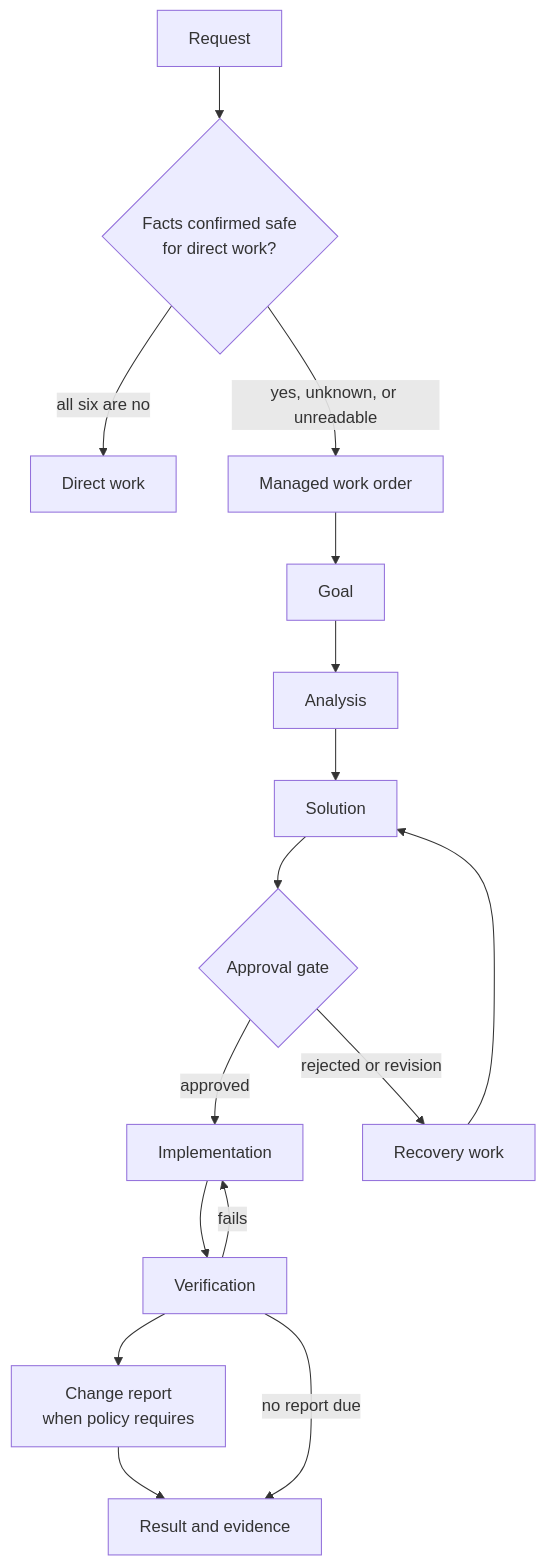
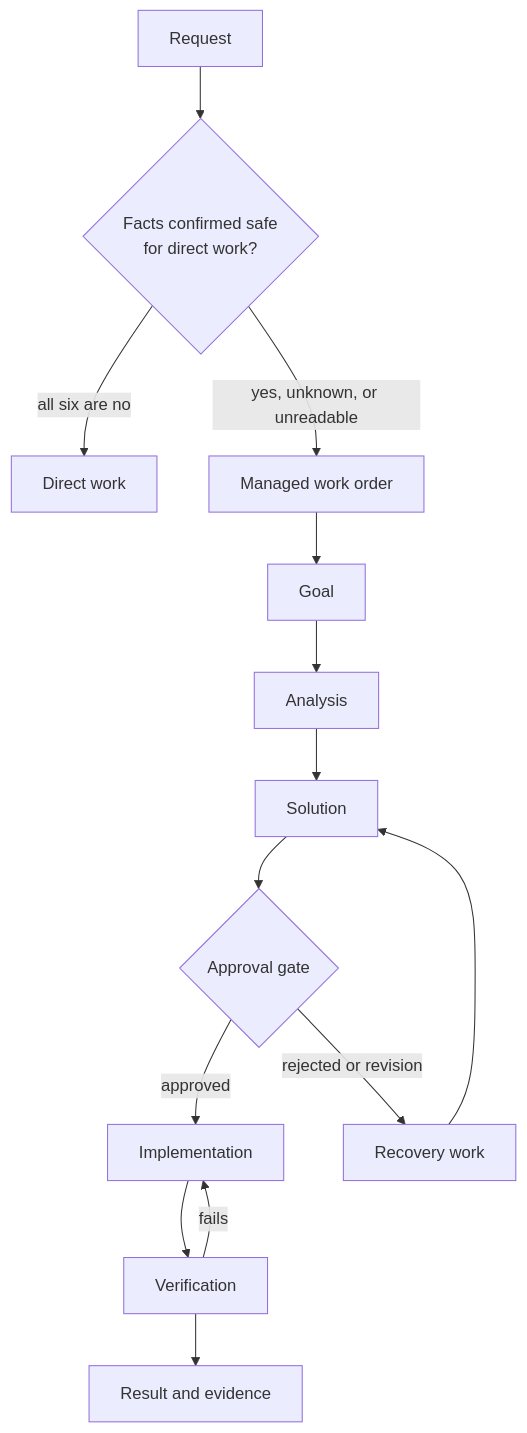
The second of 3 diagrams in README.md (chengx-coding/xcoding-workflow), drawn with Mermaid before and after one commit. The commit also changed other lines of this file and 113 other files, not shown here.

````diff
--- a/README.md
+++ b/README.md
@@ -45,15 +45,13 @@
 ```mermaid
 flowchart TD
     request["Request"] --> facts{"Facts confirmed safe<br/>for direct work?"}
     facts -- "all six are no" --> direct["Direct work"]
     facts -- "yes, unknown, or unreadable" --> managed["Managed work order"]
     managed --> goal["Goal"] --> analysis["Analysis"] --> solution["Solution"]
     solution --> gate{"Approval gate"}
     gate -- "approved" --> implementation["Implementation"]
     gate -- "rejected or revision" --> recovery["Recovery work"] --> solution
     implementation --> verification["Verification"]
     verification -- "fails" --> implementation
-    verification --> report["Change report<br/>when policy requires"]
-    report --> result["Result and evidence"]
-    verification -- "no report due" --> result
+    verification --> result["Result and evidence"]
 ```
````
